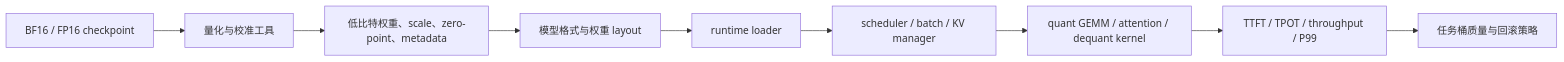
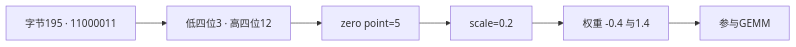
One commit to Charles2530/Charles-AI-notes changed the diagram in files/quantization/quantization-runtimes-and-frameworks.md. Above: the diagram before and after it, drawn with Mermaid. The commit also changed other lines of this file and 954 other files, not shown here.

````diff
--- a/files/quantization/quantization-runtimes-and-frameworks.md
+++ b/files/quantization/quantization-runtimes-and-frameworks.md
@@ -9,11 +19,4 @@
 ```mermaid
 flowchart LR
-    A["BF16 / FP16 checkpoint"] --> B["量化与校准工具"]
-    B --> C["低比特权重、scale、zero-point、metadata"]
-    C --> D["模型格式与权重 layout"]
-    D --> E["runtime loader"]
-    E --> F["scheduler / batch / KV manager"]
-    F --> G["quant GEMM / attention / dequant kernel"]
-    G --> H["TTFT / TPOT / throughput / P99"]
-    H --> I["任务桶质量与回滚策略"]
+  B["字节195 · 11000011"] --> U["低四位3 · 高四位12"] --> Z["zero point=5"] --> S["scale=0.2"] --> W["权重 -0.4 与1.4"] --> G["参与GEMM"]
 ```
````
